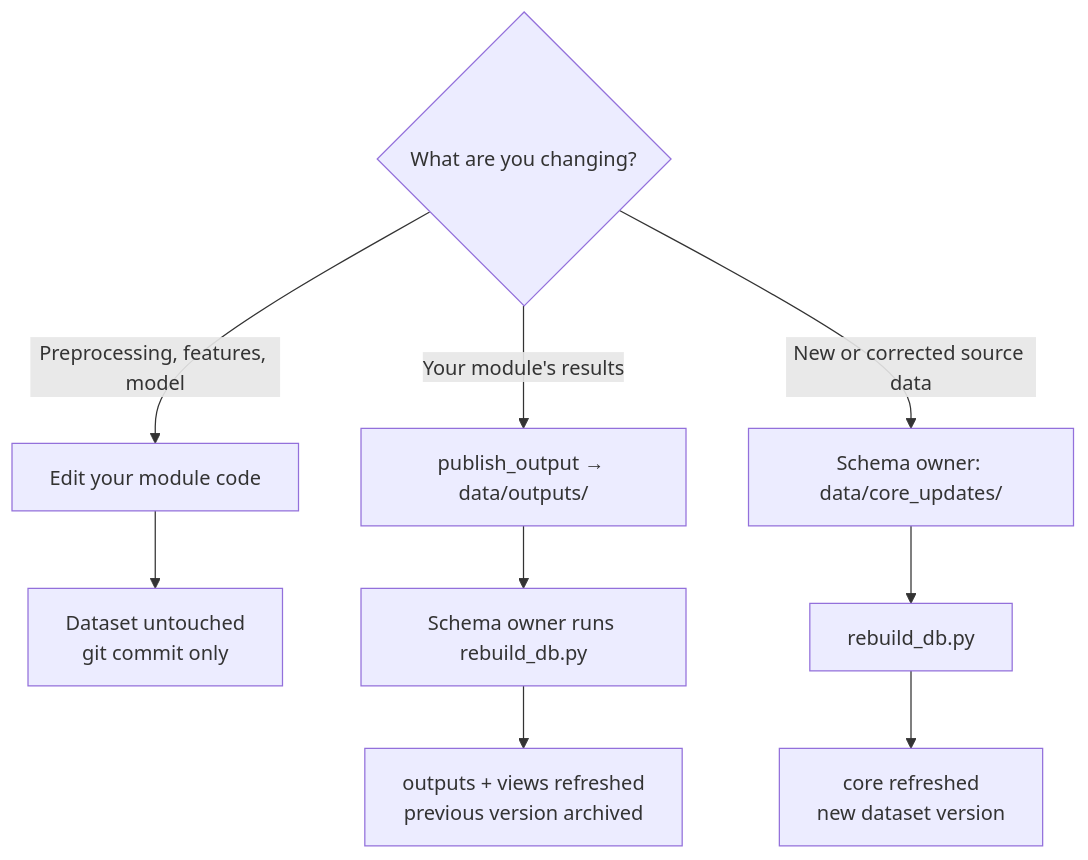
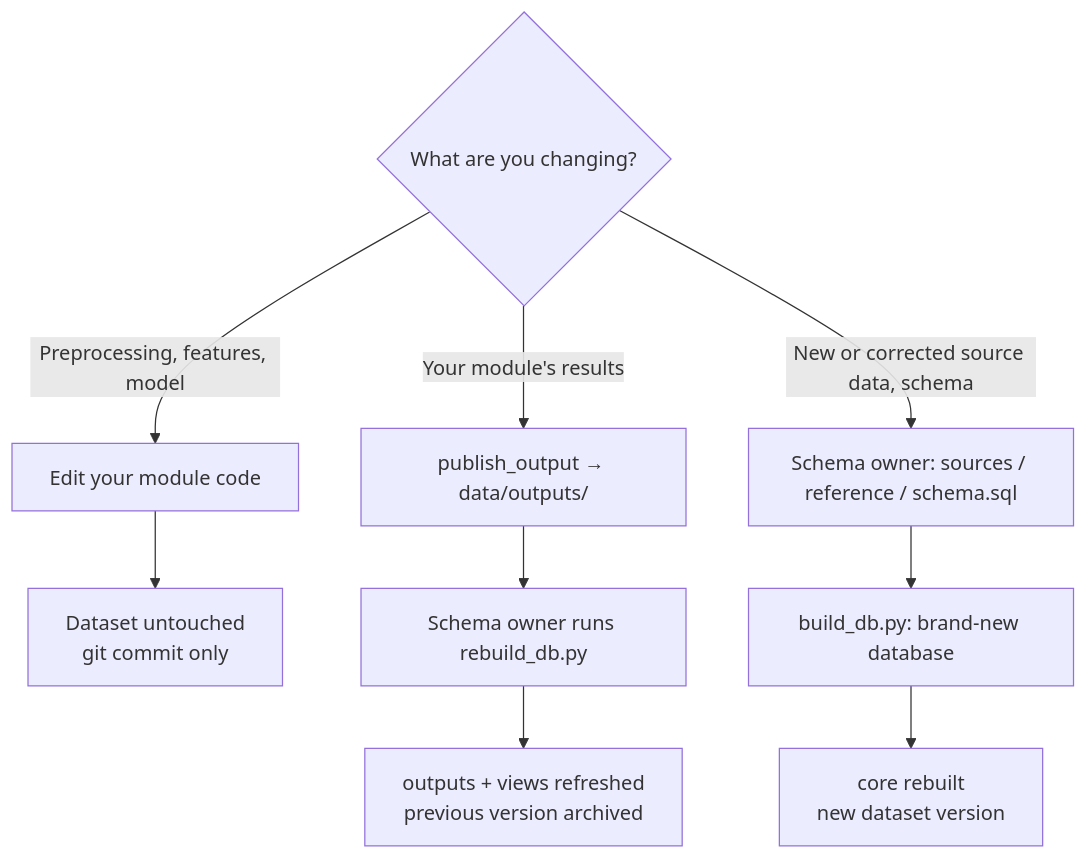
One commit to Vegetable-Glut-Early-Warning-System/glut-ews changed the second of 2 diagrams in README.md. Above: the diagram before and after it, drawn with Mermaid. The commit also changed other lines of this file and 56 other files, not shown here.

````diff
--- a/README.md
+++ b/README.md
@@ -360,12 +360,12 @@
 ```mermaid
 flowchart TD
   Q{What are you changing?}
   Q -->|Preprocessing, features, model| A[Edit your module code]
   A --> A2[Dataset untouched<br/>git commit only]
   Q -->|Your module's results| B[publish_output → data/outputs/]
   B --> B2[Schema owner runs rebuild_db.py]
   B2 --> B3[outputs + views refreshed<br/>previous version archived]
-  Q -->|New or corrected source data| C[Schema owner: data/core_updates/]
-  C --> C2[rebuild_db.py]
-  C2 --> C3[core refreshed<br/>new dataset version]
+  Q -->|New or corrected source data, schema| C[Schema owner: sources / reference / schema.sql]
+  C --> C2[build_db.py: brand-new database]
+  C2 --> C3[core rebuilt<br/>new dataset version]
 ```
````
